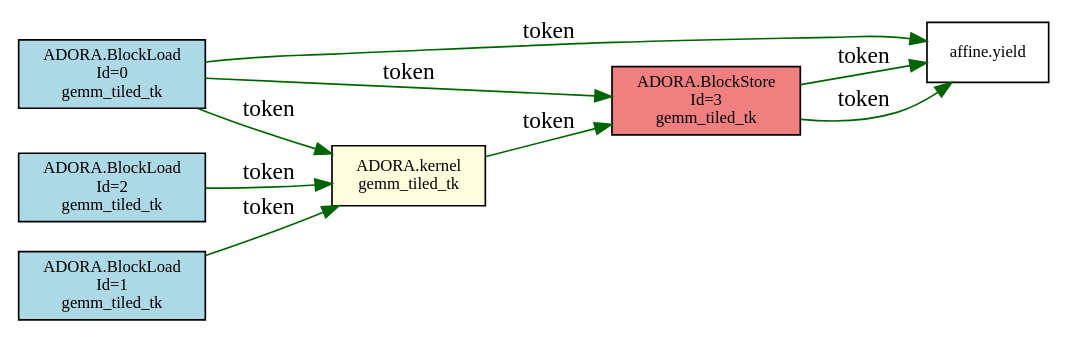
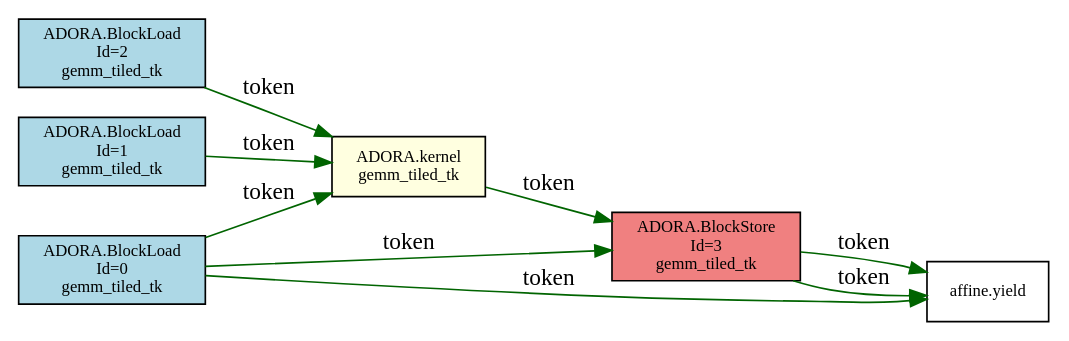
The diagram in experiment/taskschedule/04_gemm_tiled/tokens.dot (FDU-ME-ARC/adora-compiler), drawn with Graphviz before and after one commit. The commit also changed 21 other files, not shown here.

```diff
--- a/experiment/taskschedule/04_gemm_tiled/tokens.dot
+++ b/experiment/taskschedule/04_gemm_tiled/tokens.dot
@@ -1,18 +1,18 @@
 digraph token_graph {
   rankdir=LR;
   node [shape=box, fontsize=10];
-  "0x55a446adeb20" [label="ADORA.BlockLoad\nId=0\ngemm_tiled_tk", style=filled, fillcolor=lightblue];
-  "0x55a446af3080" [label="affine.yield"];
-  "0x55a446af1970" [label="ADORA.BlockStore\nId=3\ngemm_tiled_tk", style=filled, fillcolor=lightcoral];
-  "0x55a446ad9aa0" [label="ADORA.kernel\ngemm_tiled_tk", style=filled, fillcolor=lightyellow];
-  "0x55a446acd400" [label="ADORA.BlockLoad\nId=2\ngemm_tiled_tk", style=filled, fillcolor=lightblue];
-  "0x55a446acd5d0" [label="ADORA.BlockLoad\nId=1\ngemm_tiled_tk", style=filled, fillcolor=lightblue];
-  "0x55a446adeb20" -> "0x55a446af3080" [label="token", color=darkgreen];
-  "0x55a446adeb20" -> "0x55a446af1970" [label="token", color=darkgreen];
-  "0x55a446adeb20" -> "0x55a446ad9aa0" [label="token", color=darkgreen];
-  "0x55a446acd5d0" -> "0x55a446ad9aa0" [label="token", color=darkgreen];
-  "0x55a446acd400" -> "0x55a446ad9aa0" [label="token", color=darkgreen];
-  "0x55a446ad9aa0" -> "0x55a446af1970" [label="token", color=darkgreen];
-  "0x55a446af1970" -> "0x55a446af3080" [label="token", color=darkgreen];
-  "0x55a446af1970" -> "0x55a446af3080" [label="token", color=darkgreen];
+  "0x55688c1e5ed0" [label="ADORA.BlockLoad\nId=1\ngemm_tiled_tk", style=filled, fillcolor=lightblue];
+  "0x55688c207f00" [label="ADORA.BlockStore\nId=3\ngemm_tiled_tk", style=filled, fillcolor=lightcoral];
+  "0x55688c209190" [label="affine.yield"];
+  "0x55688c1f1aa0" [label="ADORA.kernel\ngemm_tiled_tk", style=filled, fillcolor=lightyellow];
+  "0x55688c1f5d30" [label="ADORA.BlockLoad\nId=0\ngemm_tiled_tk", style=filled, fillcolor=lightblue];
+  "0x55688c1e5d00" [label="ADORA.BlockLoad\nId=2\ngemm_tiled_tk", style=filled, fillcolor=lightblue];
+  "0x55688c1f5d30" -> "0x55688c209190" [label="token", color=darkgreen];
+  "0x55688c1f5d30" -> "0x55688c207f00" [label="token", color=darkgreen];
+  "0x55688c1f5d30" -> "0x55688c1f1aa0" [label="token", color=darkgreen];
+  "0x55688c1e5ed0" -> "0x55688c1f1aa0" [label="token", color=darkgreen];
+  "0x55688c1e5d00" -> "0x55688c1f1aa0" [label="token", color=darkgreen];
+  "0x55688c1f1aa0" -> "0x55688c207f00" [label="token", color=darkgreen];
+  "0x55688c207f00" -> "0x55688c209190" [label="token", color=darkgreen];
+  "0x55688c207f00" -> "0x55688c209190" [label="token", color=darkgreen];
 }
```
